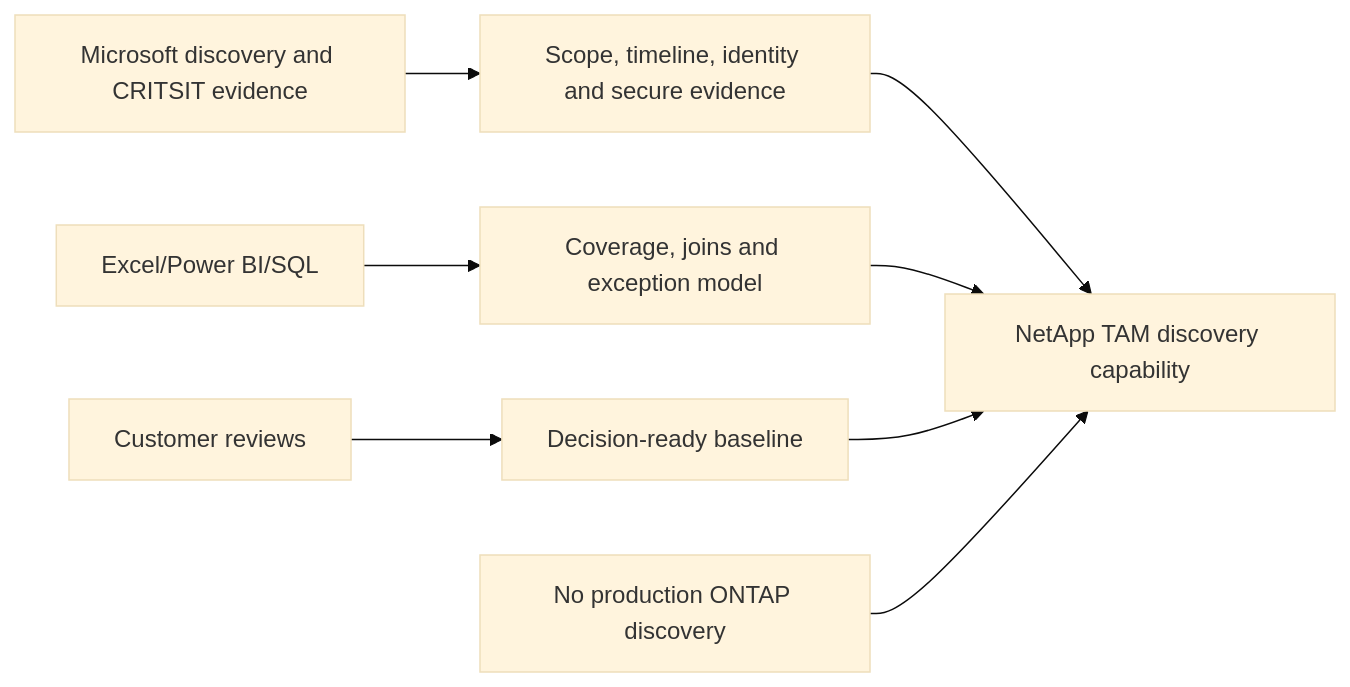
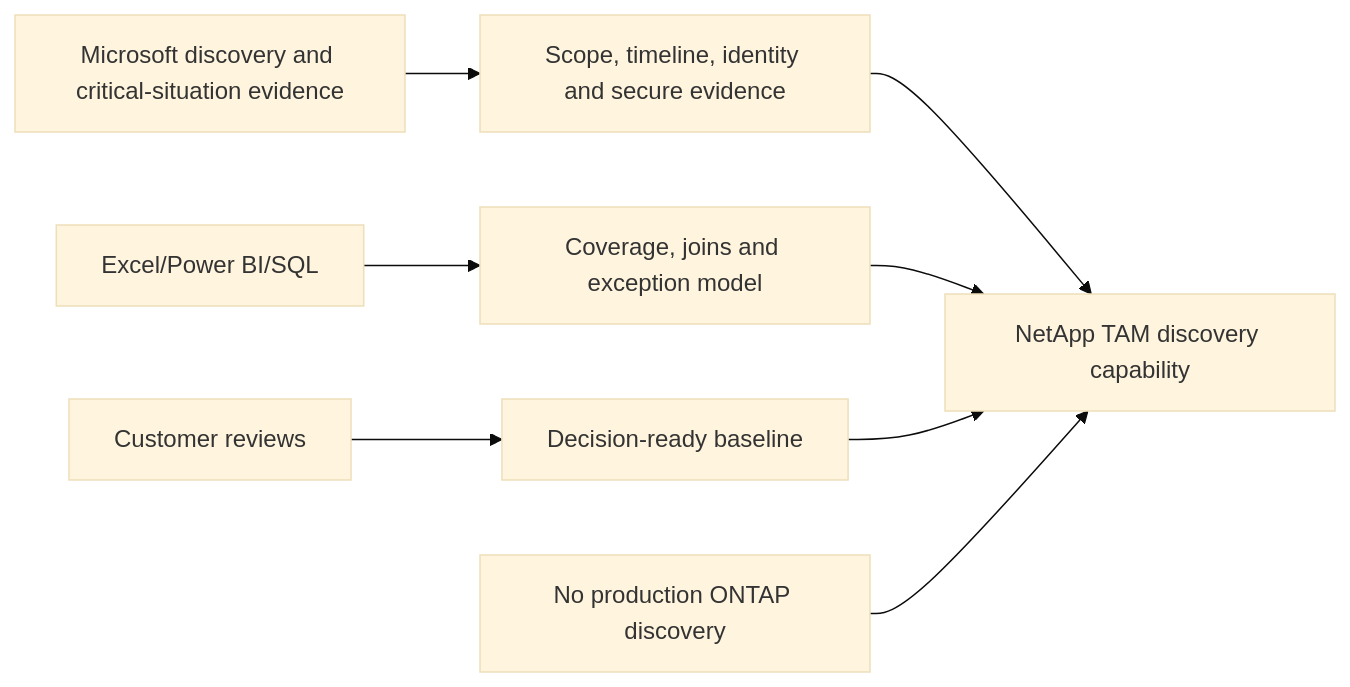
Diagram 27 of 27 in NetApp TAM/prep/Part-83-lab-ontap-discovery-health-baseline.md (hichauhan-in/Interview-Prep), drawn with Mermaid (base theme) before and after one commit. The commit also changed other lines of this file and 493 other files, not shown here.

````diff
--- a/NetApp TAM/prep/Part-83-lab-ontap-discovery-health-baseline.md
+++ b/NetApp TAM/prep/Part-83-lab-ontap-discovery-health-baseline.md
@@ -520,10 +520,10 @@
 ```mermaid
 flowchart LR
-    MS[Microsoft discovery and CRITSIT evidence] --> METHOD[Scope, timeline, identity and secure evidence]
+    MS[Microsoft discovery and critical-situation evidence] --> METHOD[Scope, timeline, identity and secure evidence]
     ANALYTICS[Excel/Power BI/SQL] --> RECON[Coverage, joins and exception model]
     REVIEWS[Customer reviews] --> REPORT[Decision-ready baseline]
     METHOD --> TAM[NetApp TAM discovery capability]
     RECON --> TAM
     REPORT --> TAM
     GAP[No production ONTAP discovery] --> TAM
 ```
````
